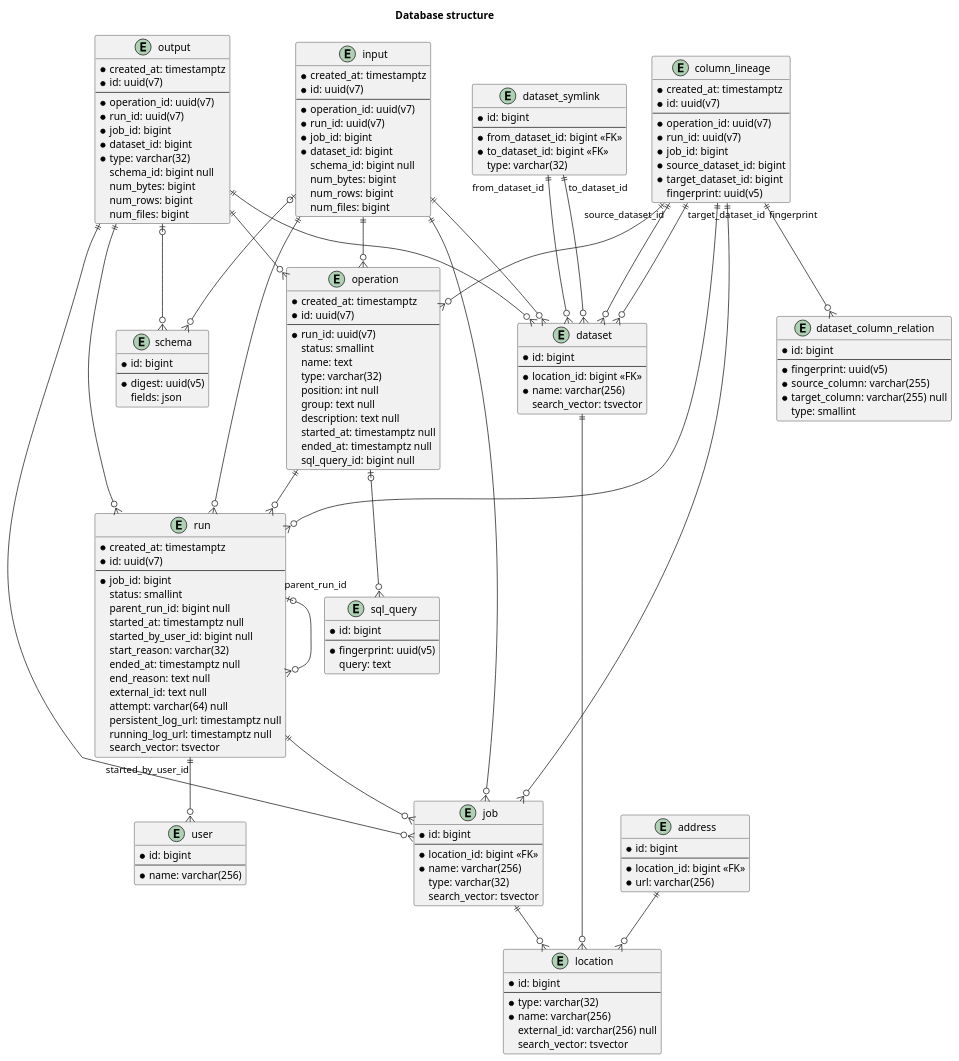
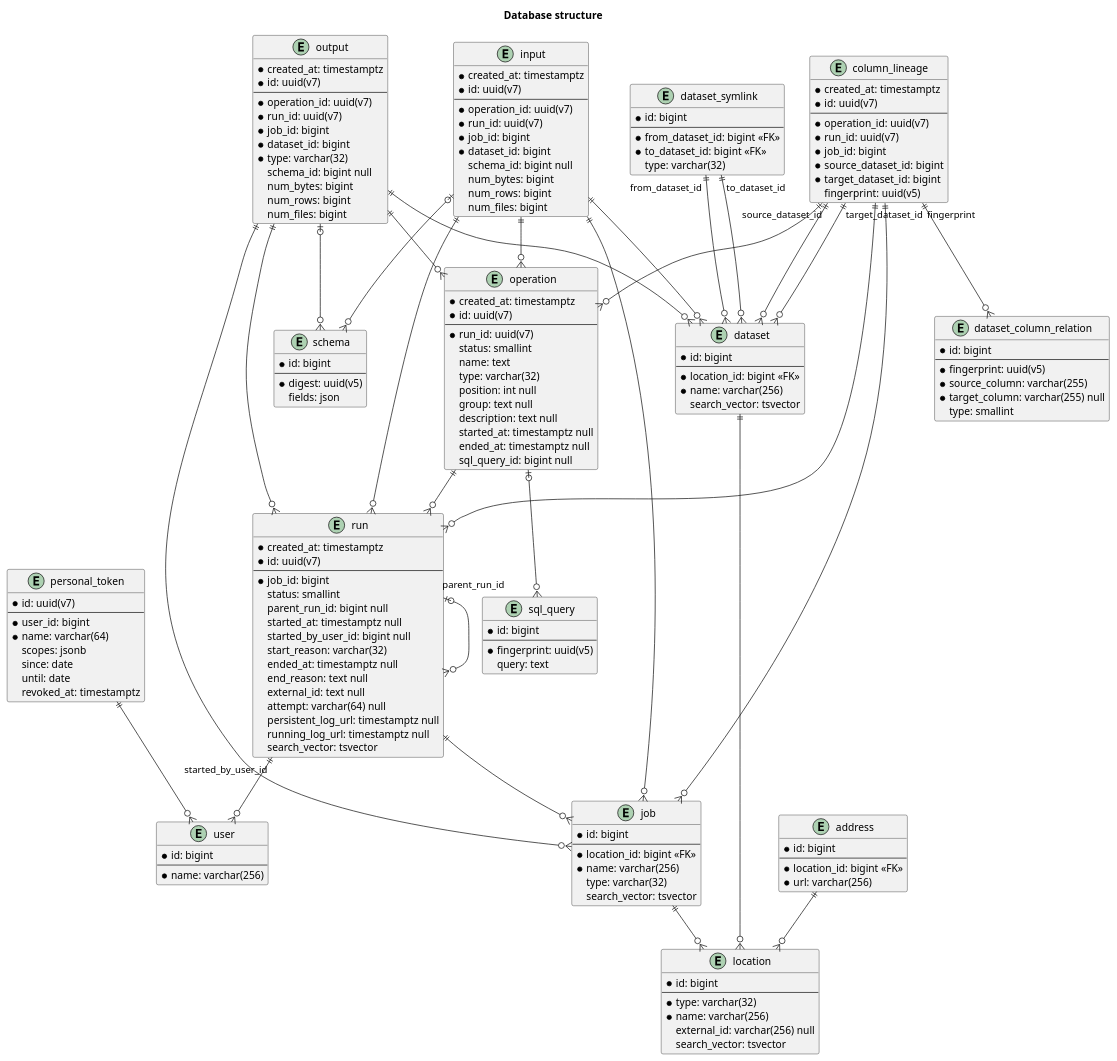
The diagram in docs/reference/database/structure.rst (MobileTeleSystems/data-rentgen), drawn with PlantUML before and after one commit. The commit also changed 33 other files, not shown here.

```diff
--- a/docs/reference/database/structure.rst
+++ b/docs/reference/database/structure.rst
@@ -156,6 +156,17 @@
         fingerprint: uuid(v5)
     }
 
+    entity personal_token {
+        * id: uuid(v7)
+        ----
+        * user_id: bigint
+        * name: varchar(64)
+        scopes: jsonb
+        since: date
+        until: date
+        revoked_at: timestamptz
+    }
+
     address ||--o{ location
 
     dataset ||--o{ location
@@ -190,4 +201,6 @@
     column_lineage "target_dataset_id" ||--o{ dataset
     column_lineage "fingerprint" ||--o{ dataset_column_relation
 
+    personal_token ||--o{ user
+
     @enduml
```
